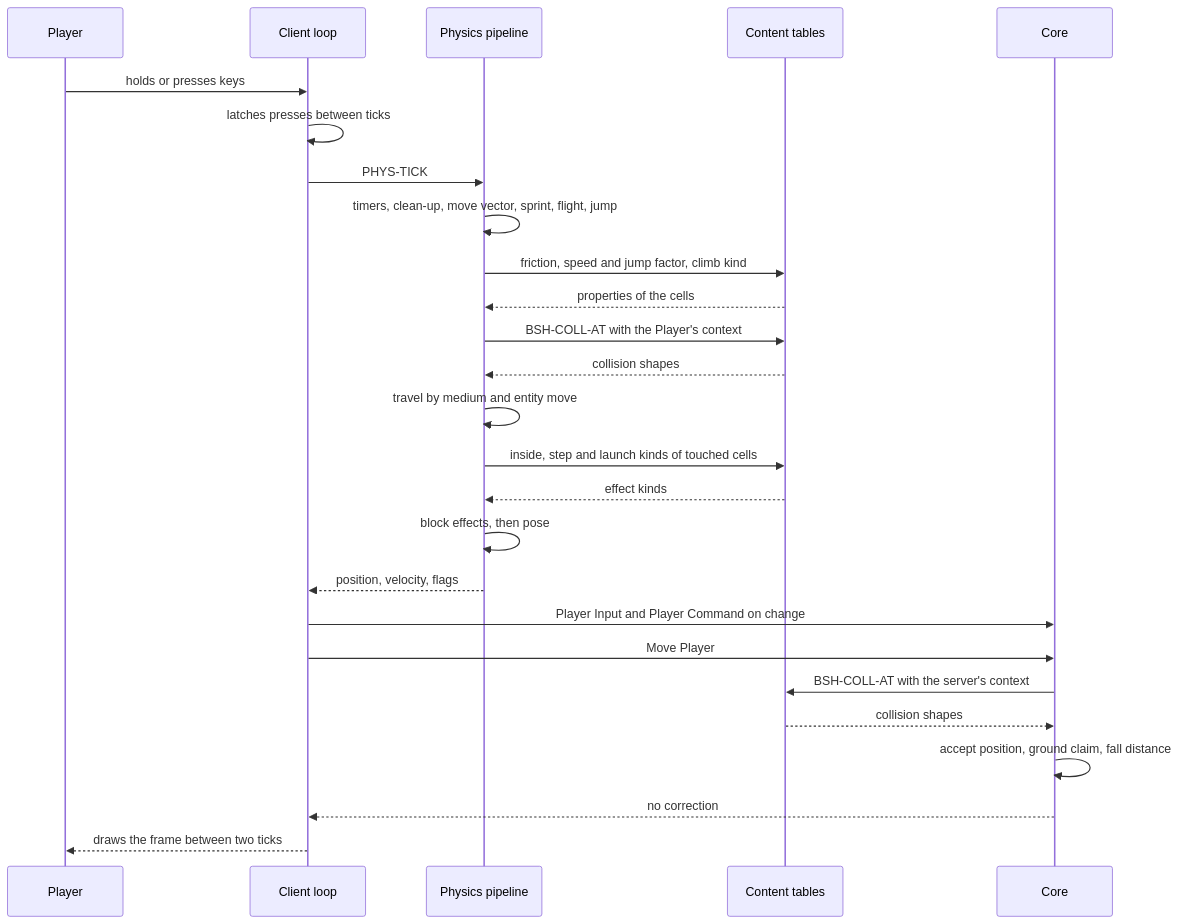
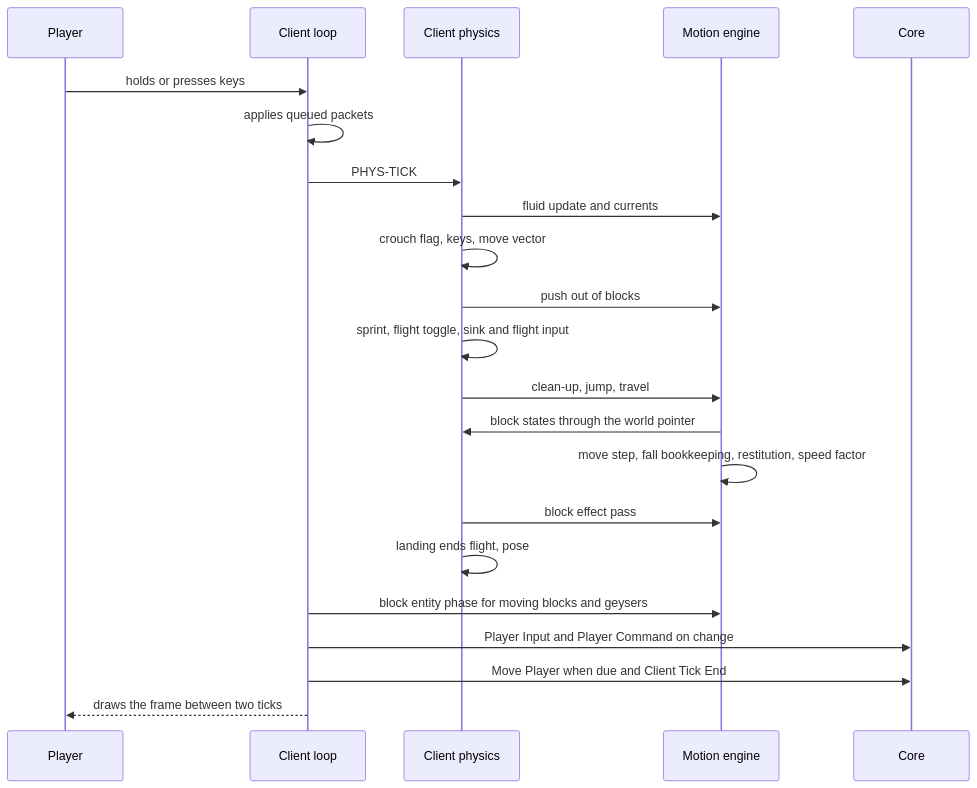
Before and after one commit to stefanrusek/cobolcraft: the first of 6 diagrams in specs/003-vanilla-movement/plan.md, drawn with Mermaid. The commit also changed other lines of this file and 26 other files, not shown here.

````diff
--- a/specs/003-vanilla-movement/plan.md
+++ b/specs/003-vanilla-movement/plan.md
@@ -392,28 +544,24 @@
 ```mermaid
 sequenceDiagram
     participant P as Player
     participant L as Client loop
-    participant H as Physics pipeline
-    participant C as Content tables
+    participant K as Client physics
+    participant E as Motion engine
     participant S as Core
     P->>L: holds or presses keys
-    L->>L: latches presses between ticks
-    L->>H: PHYS-TICK
-    H->>H: timers, clean-up, move vector, sprint, flight, jump
-    H->>C: friction, speed and jump factor, climb kind
-    C-->>H: properties of the cells
-    H->>C: BSH-COLL-AT with the Player's context
-    C-->>H: collision shapes
-    H->>H: travel by medium and entity move
-    H->>C: inside, step and launch kinds of touched cells
-    C-->>H: effect kinds
-    H->>H: block effects, then pose
-    H-->>L: position, velocity, flags
+    L->>L: applies queued packets
+    L->>K: PHYS-TICK
+    K->>E: fluid update and currents
+    K->>K: crouch flag, keys, move vector
+    K->>E: push out of blocks
+    K->>K: sprint, flight toggle, sink and flight input
+    K->>E: clean-up, jump, travel
+    E->>K: block states through the world pointer
+    E->>E: move step, fall bookkeeping, restitution, speed factor
+    K->>E: block effect pass
+    K->>K: landing ends flight, pose
+    L->>E: block entity phase for moving blocks and geysers
     L->>S: Player Input and Player Command on change
-    L->>S: Move Player
-    S->>C: BSH-COLL-AT with the server's context
-    C-->>S: collision shapes
-    S->>S: accept position, ground claim, fall distance
-    S-->>L: no correction
+    L->>S: Move Player when due and Client Tick End
     L-->>P: draws the frame between two ticks
 ```
````
